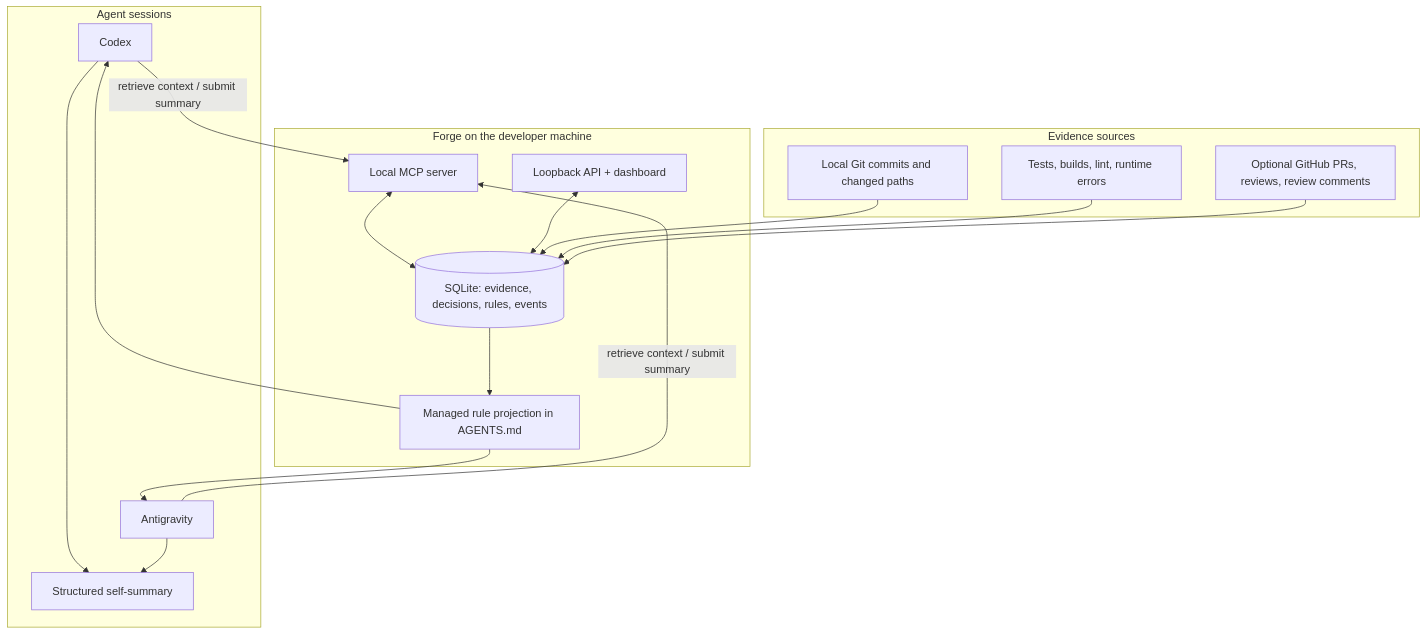
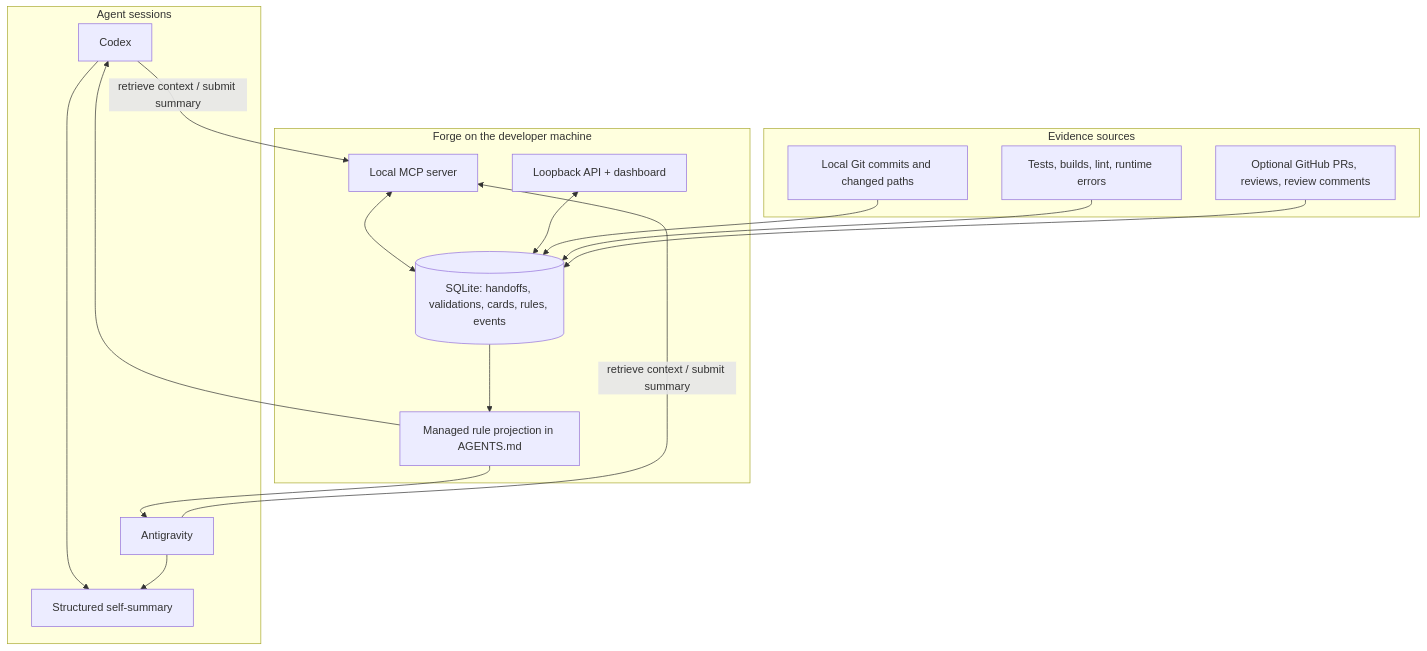
Before and after one commit to jeel1566/Forge: the first of 2 diagrams in docs/ARCHITECTURE.md, drawn with Mermaid. The commit also changed other lines of this file and 23 other files, not shown here.

````diff
--- a/docs/ARCHITECTURE.md
+++ b/docs/ARCHITECTURE.md
@@ -11,33 +11,33 @@
 ```mermaid
 flowchart TB
   subgraph Agents[Agent sessions]
     C[Codex]
     A[Antigravity]
     C --> S[Structured self-summary]
     A --> S
   end
 
   subgraph Forge[Forge on the developer machine]
     MCP[Local MCP server]
     API[Loopback API + dashboard]
-    DB[(SQLite: evidence, decisions, rules, events)]
+  DB[(SQLite: handoffs, validations, cards, rules, events)]
     Rules[Managed rule projection in AGENTS.md]
     MCP <--> DB
     API <--> DB
     DB --> Rules
   end
 
   subgraph Evidence[Evidence sources]
     Git[Local Git commits and changed paths]
     Checks[Tests, builds, lint, runtime errors]
     GH[Optional GitHub PRs, reviews, review comments]
   end
 
   C -->|retrieve context / submit summary| MCP
   A -->|retrieve context / submit summary| MCP
   Git --> DB
   Checks --> DB
   GH --> DB
   Rules --> C
   Rules --> A
 ```
````
